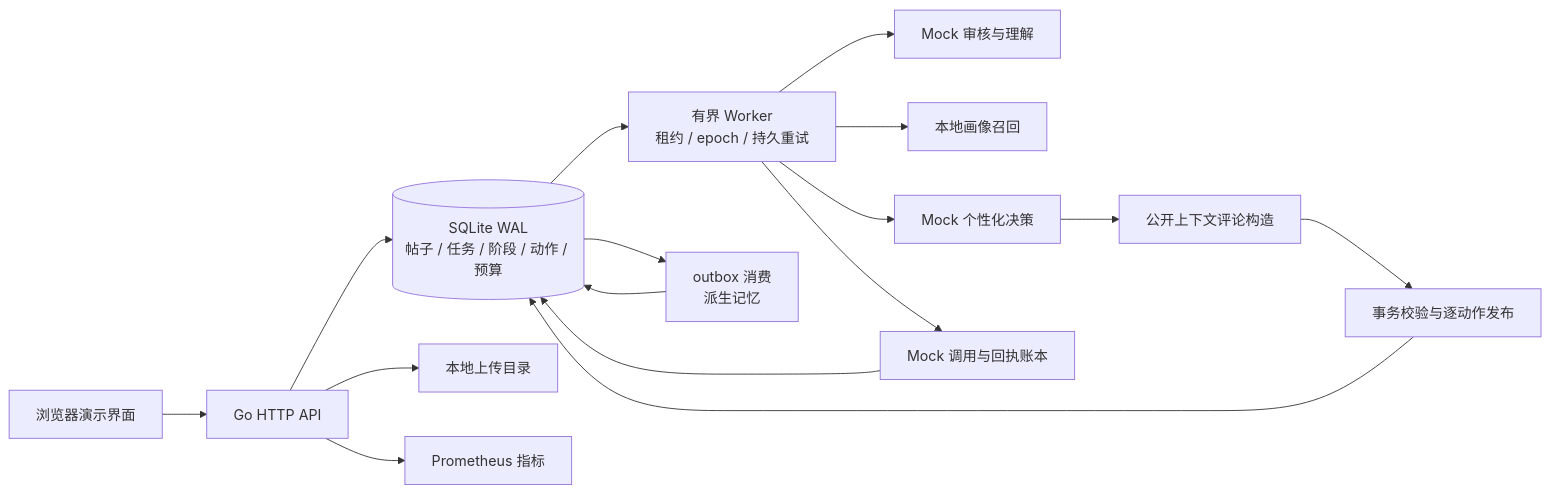
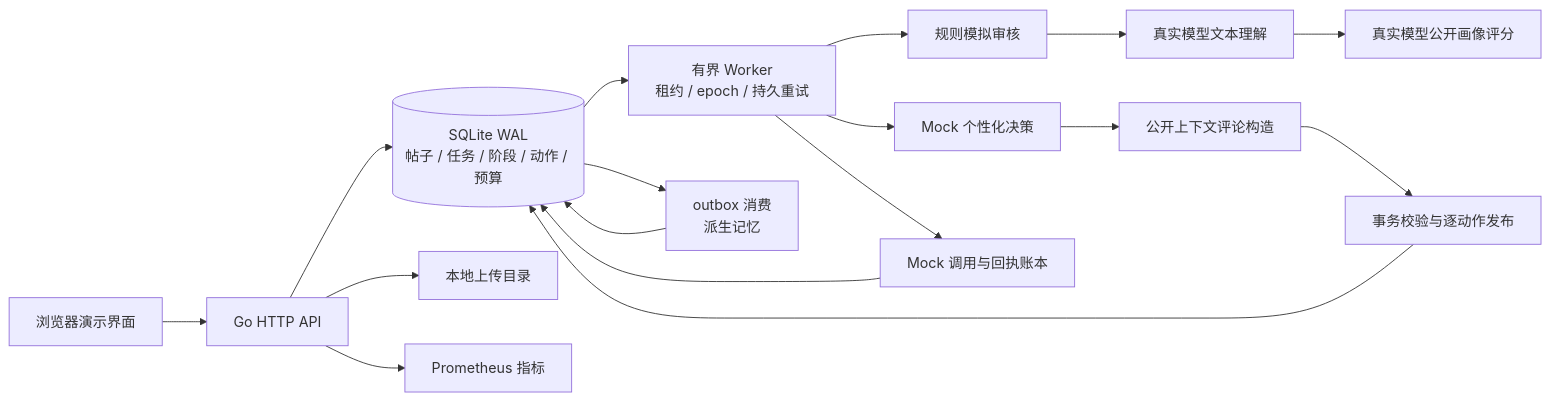
One commit to ayaeum/HuanJing changed the first of 2 diagrams in docs/local-architecture.md. Above: the diagram before and after it, drawn with Mermaid. The commit also changed other lines of this file and 7 other files, not shown here.

````diff
--- a/docs/local-architecture.md
+++ b/docs/local-architecture.md
@@ -5,18 +5,19 @@
 ```mermaid
 flowchart LR
   UI[浏览器演示界面] --> API[Go HTTP API]
   API --> DB[(SQLite WAL\n帖子 / 任务 / 阶段 / 动作 / 预算)]
   API --> Files[本地上传目录]
   DB --> Workers[有界 Worker\n租约 / epoch / 持久重试]
-  Workers --> Audit[Mock 审核与理解]
-  Workers --> Match[本地画像召回]
+  Workers --> Audit[规则模拟审核]
+  Audit --> Understand[真实模型文本理解]
+  Understand --> Match[真实模型公开画像评分]
   Workers --> Decision[Mock 个性化决策]
   Decision --> Public[公开上下文评论构造]
   Workers --> Ledger[Mock 调用与回执账本]
   Ledger --> DB
   Public --> Commit[事务校验与逐动作发布]
   Commit --> DB
   DB --> Events[outbox 消费\n派生记忆]
   Events --> DB
   API --> Metrics[Prometheus 指标]
 ```
````
